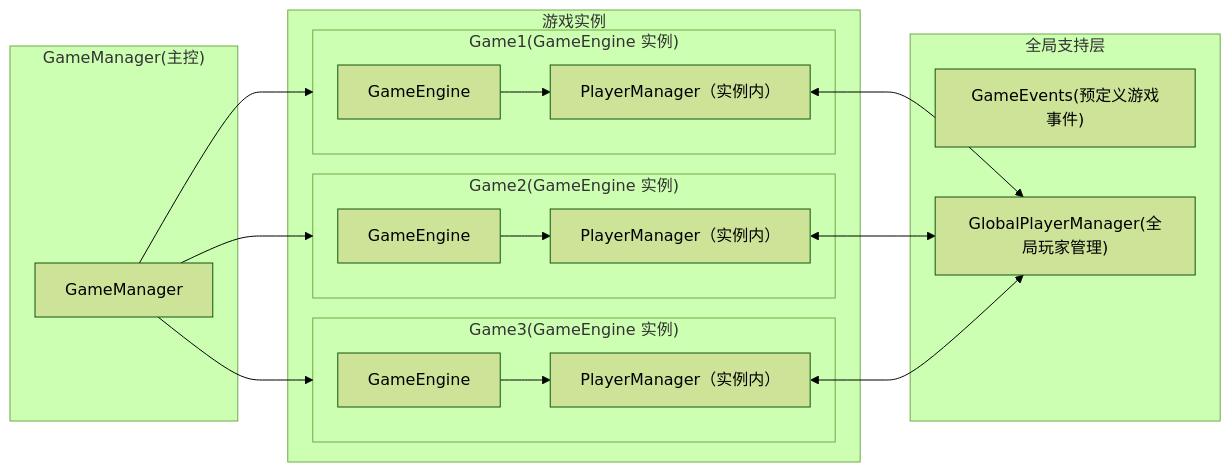
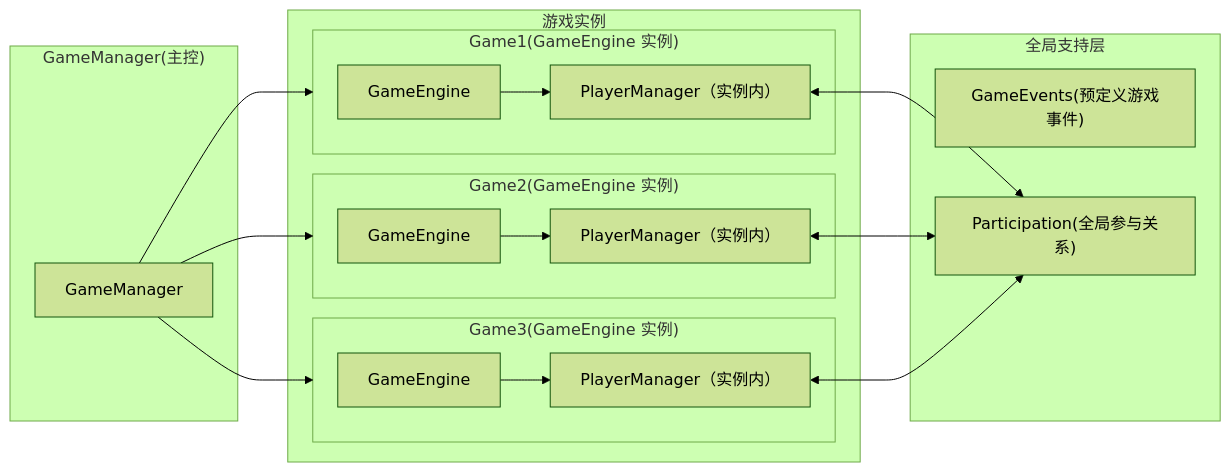
One commit to XiaoYangx666/SAPI-Game changed the second of 2 diagrams in docs/README.md. Above: the diagram before and after it, drawn with Mermaid (forest theme). The commit also changed other lines of this file and 33 other files, not shown here.

````diff
--- a/docs/README.md
+++ b/docs/README.md
@@ -164,41 +165,41 @@
 ```mermaid
 graph LR
     subgraph Manager["GameManager(主控)"]
         GM["GameManager"]
     end
 
     subgraph Instances["游戏实例"]
         subgraph Game1["Game1(GameEngine 实例)"]
             G1_Engine["GameEngine"]
             G1_PM["PlayerManager（实例内）"]
             G1_Engine --> G1_PM
         end
 
         subgraph Game2["Game2(GameEngine 实例)"]
             G2_Engine["GameEngine"]
             G2_PM["PlayerManager（实例内）"]
             G2_Engine --> G2_PM
         end
 
         subgraph Game3["Game3(GameEngine 实例)"]
             G3_Engine["GameEngine"]
             G3_PM["PlayerManager（实例内）"]
             G3_Engine --> G3_PM
         end
     end
 
     %% 右侧：全局系统
     subgraph Global["全局支持层"]
         GameEvent["GameEvents(预定义游戏事件)"]
-        GlobalPM["GlobalPlayerManager(全局玩家管理)"]
+        GlobalPM["Participation(全局参与关系)"]
     end
 
     %% 连接关系
     GM --> Game1
     GM --> Game2
     GM --> Game3
 
     G1_PM <--> GlobalPM
     G2_PM <--> GlobalPM
     G3_PM <--> GlobalPM
 ```
````
